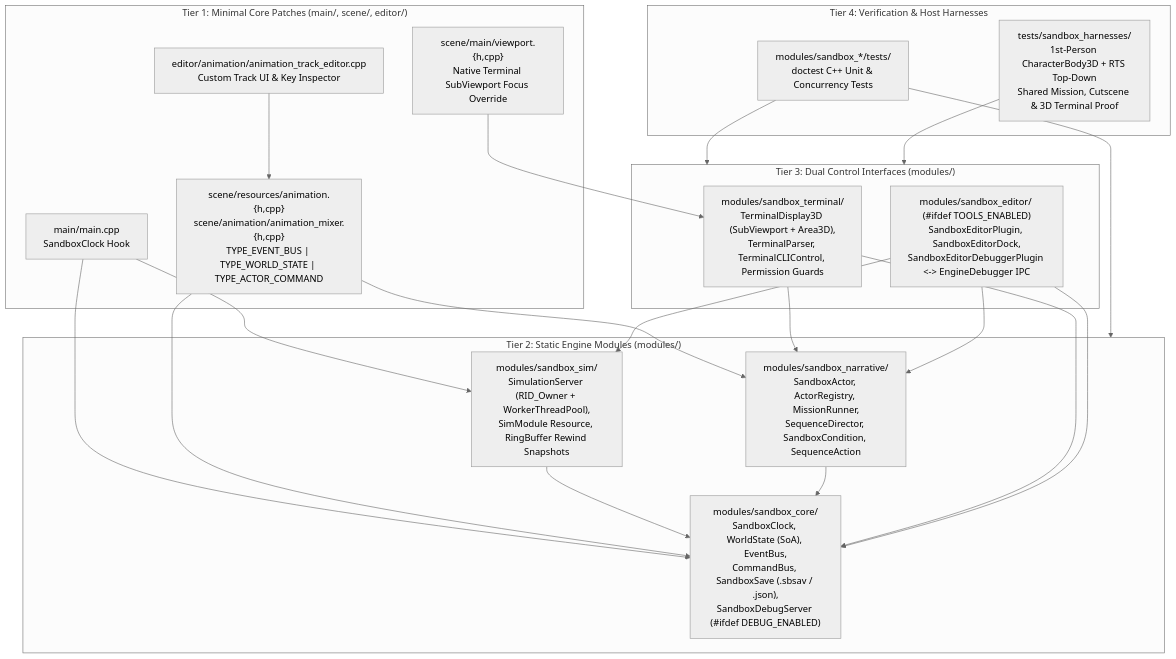
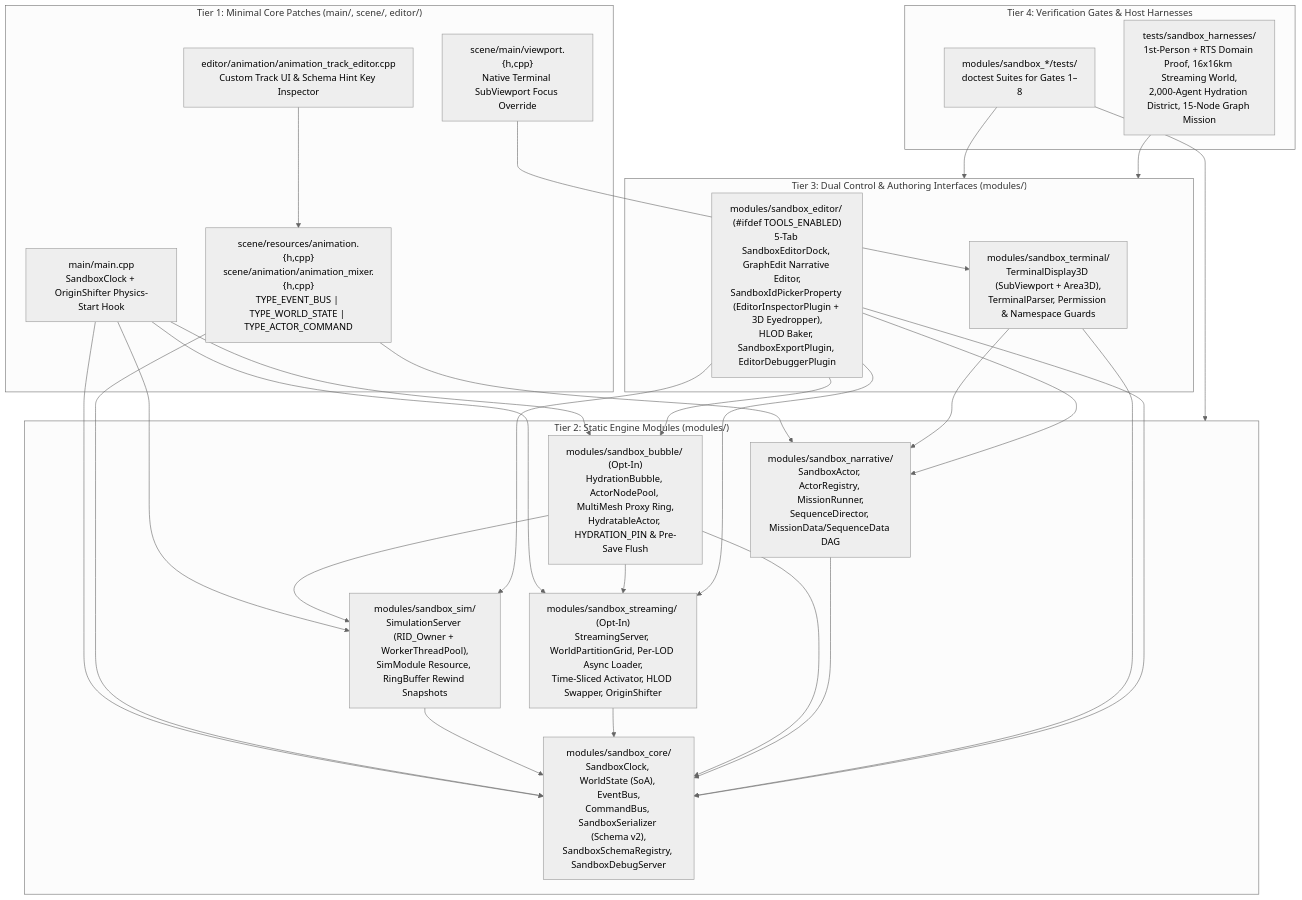
The diagram in SCOPE.md (KNGKAI/godot), drawn with Mermaid (neutral theme) before and after one commit. The commit also changed other lines of this file and 1 other file, not shown here.

````diff
--- a/SCOPE.md
+++ b/SCOPE.md
@@ -52,42 +46,52 @@
 ```mermaid
 flowchart TD
     subgraph Tier1["Tier 1: Minimal Core Patches (main/, scene/, editor/)"]
-        MainLoop["main/main.cpp\nSandboxClock Hook"]
+        MainLoop["main/main.cpp\nSandboxClock + OriginShifter Physics-Start Hook"]
         AnimCore["scene/resources/animation.{h,cpp}\nscene/animation/animation_mixer.{h,cpp}\nTYPE_EVENT_BUS | TYPE_WORLD_STATE | TYPE_ACTOR_COMMAND"]
-        AnimEd["editor/animation/animation_track_editor.cpp\nCustom Track UI & Key Inspector"]
+        AnimEd["editor/animation/animation_track_editor.cpp\nCustom Track UI & Schema Hint Key Inspector"]
         VpFocus["scene/main/viewport.{h,cpp}\nNative Terminal SubViewport Focus Override"]
     end
 
     subgraph Tier2["Tier 2: Static Engine Modules (modules/)"]
-        CoreMod["modules/sandbox_core/\nSandboxClock, WorldState (SoA), EventBus,\nCommandBus, SandboxSave (.sbsav / .json),\nSandboxDebugServer (#ifdef DEBUG_ENABLED)"]
+        CoreMod["modules/sandbox_core/\nSandboxClock, WorldState (SoA), EventBus,\nCommandBus, SandboxSerializer (Schema v2),\nSandboxSchemaRegistry, SandboxDebugServer"]
         SimMod["modules/sandbox_sim/\nSimulationServer (RID_Owner + WorkerThreadPool),\nSimModule Resource, RingBuffer Rewind Snapshots"]
-        NarrMod["modules/sandbox_narrative/\nSandboxActor, ActorRegistry, MissionRunner,\nSequenceDirector, SandboxCondition, SequenceAction"]
+        StreamMod["modules/sandbox_streaming/ (Opt-In)\nStreamingServer, WorldPartitionGrid, Per-LOD Async Loader,\nTime-Sliced Activator, HLOD Swapper, OriginShifter"]
+        BubbleMod["modules/sandbox_bubble/ (Opt-In)\nHydrationBubble, ActorNodePool, MultiMesh Proxy Ring,\nHydratableActor, HYDRATION_PIN & Pre-Save Flush"]
+        NarrMod["modules/sandbox_narrative/\nSandboxActor, ActorRegistry, MissionRunner,\nSequenceDirector, MissionData/SequenceData DAG"]
     end
 
-    subgraph Tier3["Tier 3: Dual Control Interfaces (modules/)"]
-        TermMod["modules/sandbox_terminal/\nTerminalDisplay3D (SubViewport + Area3D),\nTerminalParser, TerminalCLIControl, Permission Guards"]
-        EdMod["modules/sandbox_editor/ (#ifdef TOOLS_ENABLED)\nSandboxEditorPlugin, SandboxEditorDock,\nSandboxEditorDebuggerPlugin <-> EngineDebugger IPC"]
+    subgraph Tier3["Tier 3: Dual Control & Authoring Interfaces (modules/)"]
+        TermMod["modules/sandbox_terminal/\nTerminalDisplay3D (SubViewport + Area3D),\nTerminalParser, Permission & Namespace Guards"]
+        EdMod["modules/sandbox_editor/ (#ifdef TOOLS_ENABLED)\n5-Tab SandboxEditorDock, GraphEdit Narrative Editor,\nSandboxIdPickerProperty (EditorInspectorPlugin + 3D Eyedropper),\nHLOD Baker, SandboxExportPlugin, EditorDebuggerPlugin"]
     end
 
-    subgraph Tier4["Tier 4: Verification & Host Harnesses"]
-        CppTests["modules/sandbox_*/tests/\ndoctest C++ Unit & Concurrency Tests"]
-        Harnesses["tests/sandbox_harnesses/\n1st-Person CharacterBody3D + RTS Top-Down\nShared Mission, Cutscene & 3D Terminal Proof"]
+    subgraph Tier4["Tier 4: Verification Gates & Host Harnesses"]
+        CppTests["modules/sandbox_*/tests/\ndoctest Suites for Gates 1–8"]
+        Harnesses["tests/sandbox_harnesses/\n1st-Person + RTS Domain Proof, 16x16km Streaming World,\n2,000-Agent Hydration District, 15-Node Graph Mission"]
     end
 
     MainLoop --> CoreMod
     MainLoop --> SimMod
+    MainLoop --> StreamMod
+    MainLoop --> BubbleMod
     AnimCore --> CoreMod
     AnimCore --> NarrMod
     AnimEd --> AnimCore
     VpFocus --> TermMod
     SimMod --> CoreMod
+    StreamMod --> CoreMod
+    BubbleMod --> CoreMod
+    BubbleMod --> SimMod
+    BubbleMod --> StreamMod
     NarrMod --> CoreMod
     TermMod --> CoreMod
     TermMod --> NarrMod
     EdMod --> CoreMod
     EdMod --> SimMod
+    EdMod --> StreamMod
+    EdMod --> BubbleMod
     EdMod --> NarrMod
     CppTests --> Tier2
     CppTests --> Tier3
     Harnesses --> Tier3
 ```
````
